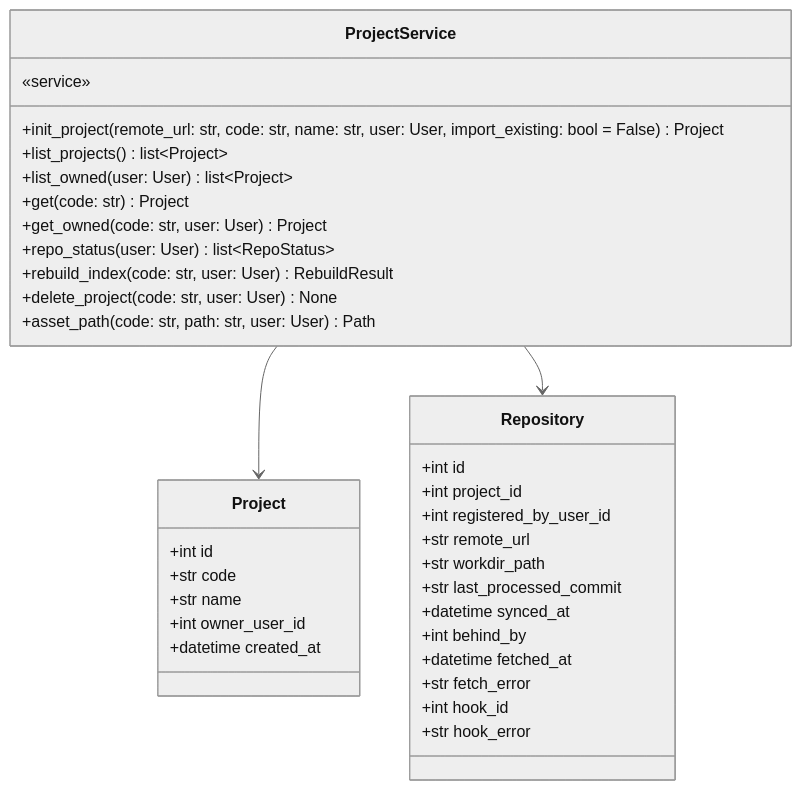
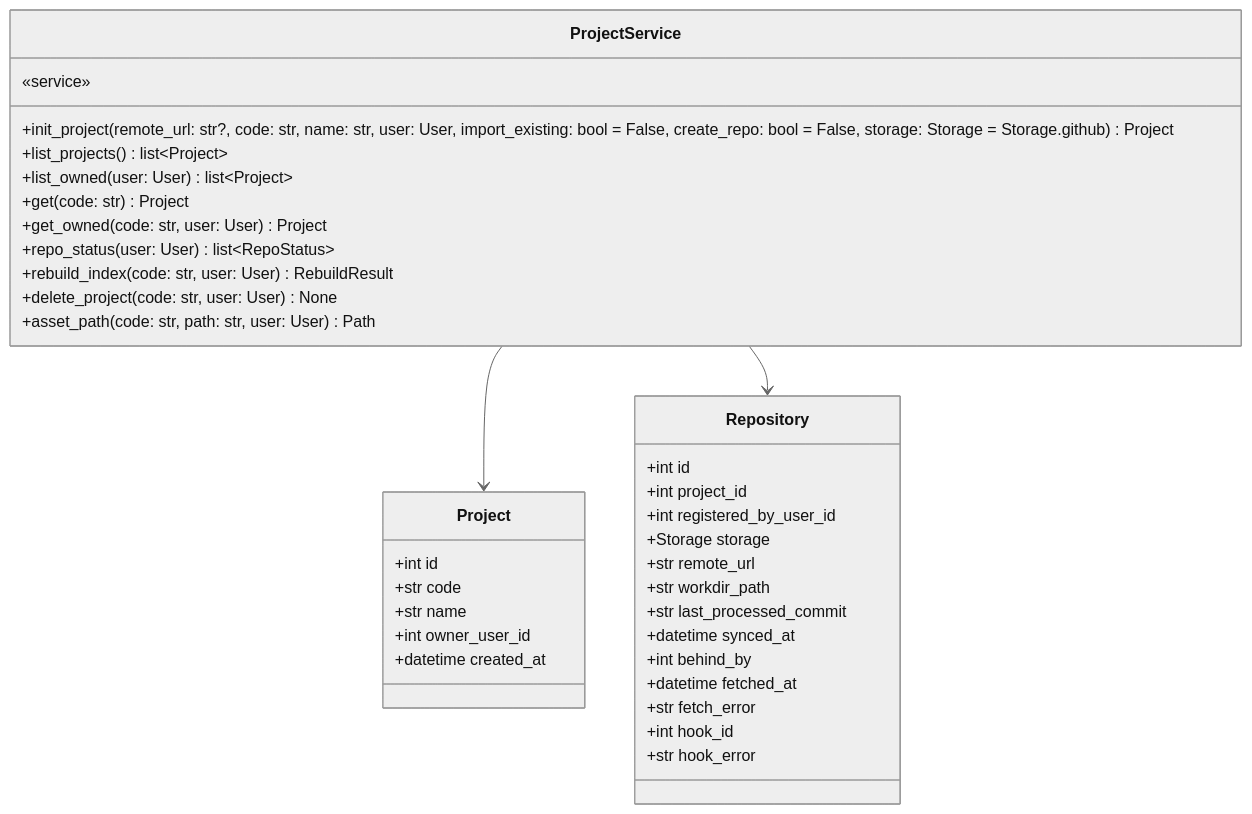
One commit to HoyoungParkme/syncdoc changed diagram 17 of 22 in docs/specs/06-DOM/SYNC-DOM-002.md. Above: the diagram before and after it, drawn with Mermaid (neutral theme). The commit also changed other lines of this file, not shown here.

First line of the commit message:
spec(SYNC-DOM-002): Repository.storage · Storage 열거형 · init_project 저장 방식 · git.init_bare

````diff
--- a/docs/specs/06-DOM/SYNC-DOM-002.md
+++ b/docs/specs/06-DOM/SYNC-DOM-002.md
@@ -673,38 +677,39 @@
 ```mermaid
 classDiagram
     class ProjectService {
         «service»
-        +init_project(remote_url: str, code: str, name: str, user: User, import_existing: bool = False) Project
+        +init_project(remote_url: str?, code: str, name: str, user: User, import_existing: bool = False, create_repo: bool = False, storage: Storage = Storage.github) Project
         +list_projects() list~Project~
         +list_owned(user: User) list~Project~
         +get(code: str) Project
         +get_owned(code: str, user: User) Project
         +repo_status(user: User) list~RepoStatus~
         +rebuild_index(code: str, user: User) RebuildResult
         +delete_project(code: str, user: User) None
         +asset_path(code: str, path: str, user: User) Path
     }
     class Project {
         +int id
         +str code
         +str name
         +int owner_user_id
         +datetime created_at
     }
     class Repository {
         +int id
         +int project_id
         +int registered_by_user_id
+        +Storage storage
         +str remote_url
         +str workdir_path
         +str last_processed_commit
         +datetime synced_at
         +int behind_by
         +datetime fetched_at
         +str fetch_error
         +int hook_id
         +str hook_error
     }
     ProjectService --> Project
     ProjectService --> Repository
 ```
````
